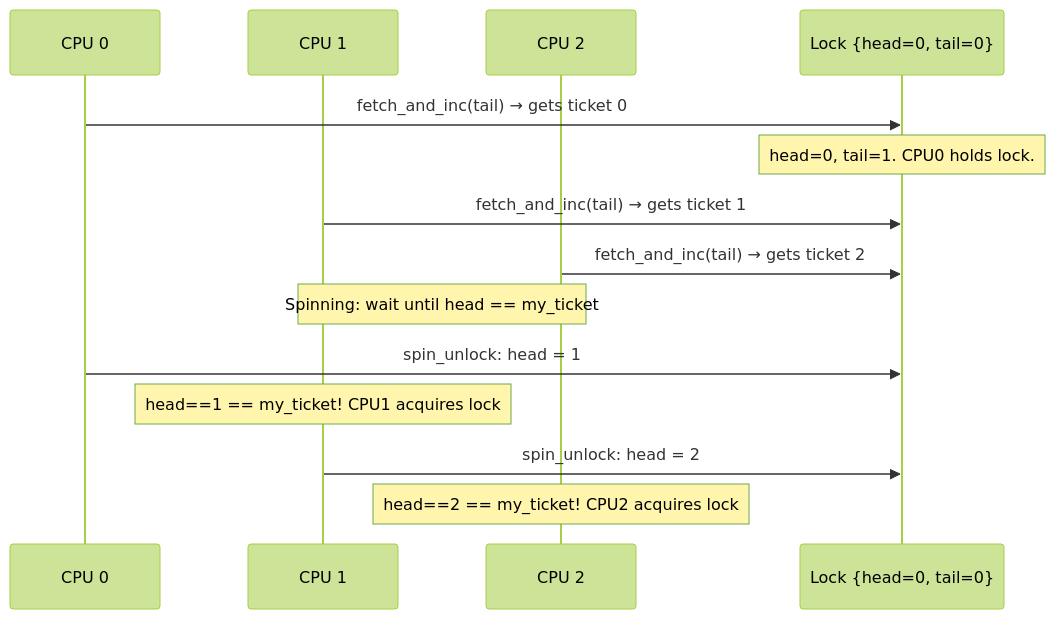
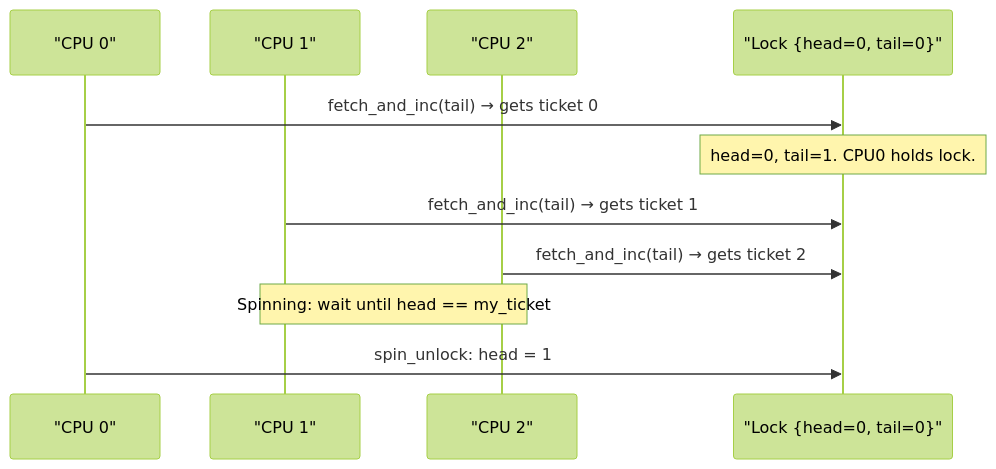
The diagram in 02_Understand_Linux_Kernel/09_Kernel_Synchronization_Methods/02_Spin_Locks.md (nilprajapati97/03_Kernel_Explore), drawn with Mermaid (forest theme) before and after one commit. The commit also changed 24 other files, not shown here.

````diff
--- a/02_Understand_Linux_Kernel/09_Kernel_Synchronization_Methods/02_Spin_Locks.md
+++ b/02_Understand_Linux_Kernel/09_Kernel_Synchronization_Methods/02_Spin_Locks.md
@@ -48,17 +48,14 @@
 ```mermaid
 sequenceDiagram
-    participant CPU0 as CPU 0
-    participant CPU1 as CPU 1
-    participant CPU2 as CPU 2
-    participant Lock as Lock {head=0, tail=0}
+    participant CPU0 as "CPU 0"
+    participant CPU1 as "CPU 1"
+    participant CPU2 as "CPU 2"
+    participant Lock as "Lock {head=0, tail=0}"
 
     CPU0->>Lock: fetch_and_inc(tail) → gets ticket 0
     Note over Lock: head=0, tail=1. CPU0 holds lock.
     CPU1->>Lock: fetch_and_inc(tail) → gets ticket 1
     CPU2->>Lock: fetch_and_inc(tail) → gets ticket 2
     Note over CPU1,CPU2: Spinning: wait until head == my_ticket
     CPU0->>Lock: spin_unlock: head = 1
-    Note over CPU1: head==1 == my_ticket! CPU1 acquires lock
-    CPU1->>Lock: spin_unlock: head = 2
-    Note over CPU2: head==2 == my_ticket! CPU2 acquires lock
 ```
````
